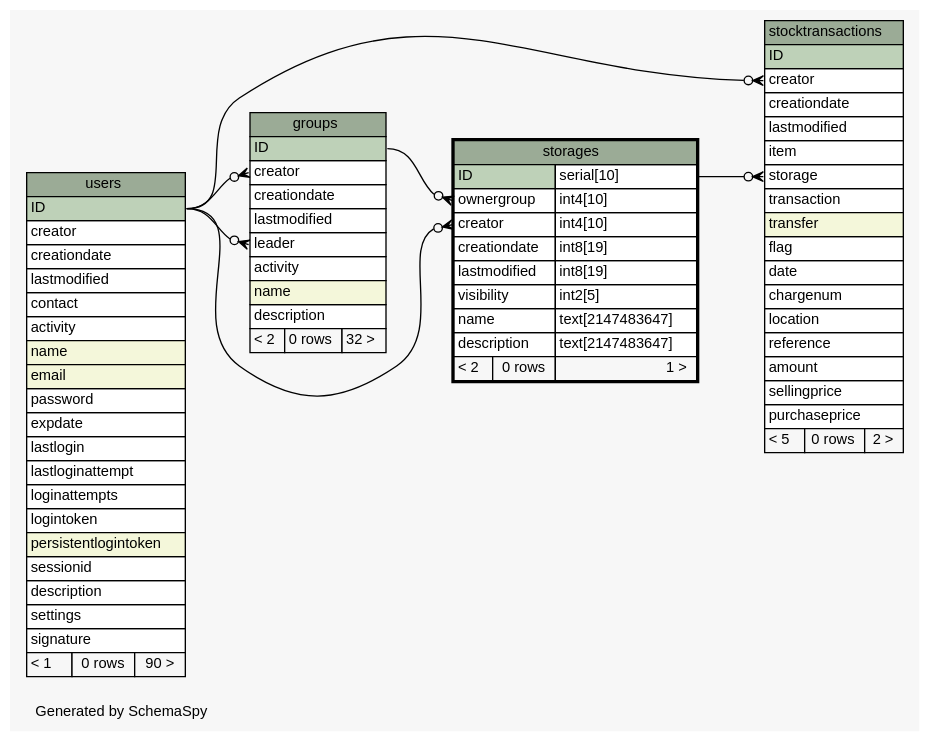
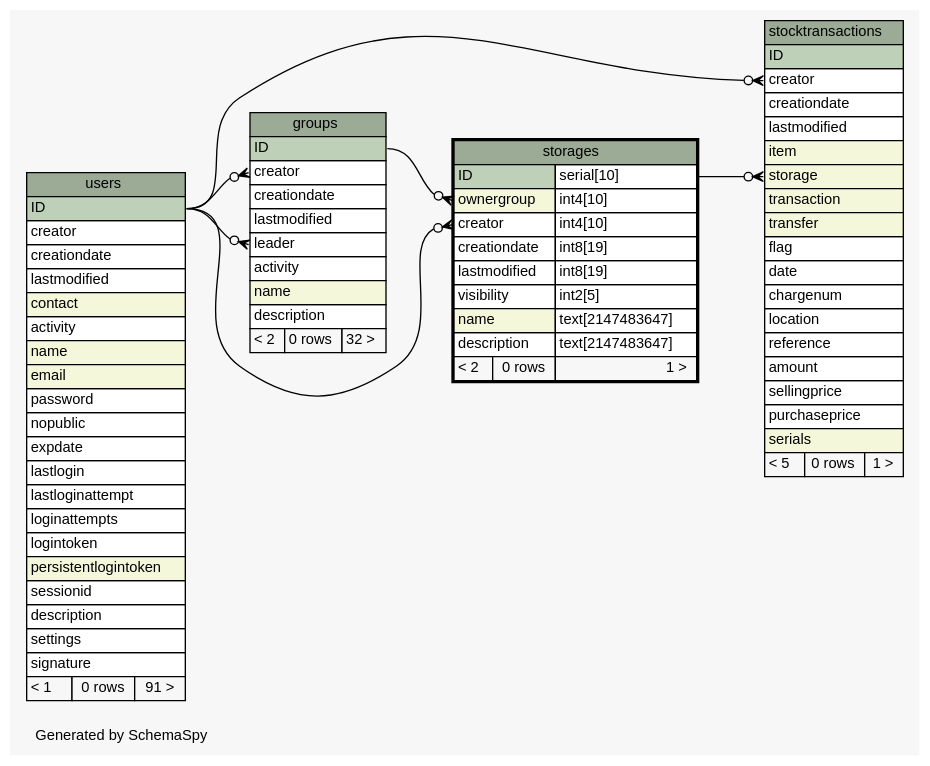
Before and after one commit to zeyosinc/zeyos-schema: the diagram in diagrams/storages.1degree.dot, drawn with Graphviz. The commit also changed 313 other files, not shown here.

```diff
--- a/diagrams/storages.1degree.dot
+++ b/diagrams/storages.1degree.dot
@@ -1,115 +1,117 @@
-// dot 2.38.0 on Mac OS X 10.11.3
+// dot 2.38.0 on Mac OS X 10.11.4
 // SchemaSpy rev 590
 digraph "oneDegreeRelationshipsDiagram" {
   graph [
     rankdir="RL"
     bgcolor="#f7f7f7"
     label="\nGenerated by SchemaSpy"
     labeljust="l"
     nodesep="0.18"
     ranksep="0.46"
     fontname="Helvetica"
     fontsize="11"
   ];
   node [
     fontname="Helvetica"
     fontsize="11"
     shape="plaintext"
   ];
   edge [
     arrowsize="0.8"
   ];
   "groups":"creator":w -> "users":"ID":e [arrowhead=none dir=back arrowtail=crowodot];
   "groups":"leader":w -> "users":"ID":e [arrowhead=none dir=back arrowtail=crowodot];
   "stocktransactions":"creator":w -> "users":"ID":e [arrowhead=none dir=back arrowtail=crowodot];
   "stocktransactions":"storage":w -> "storages":"ID.type":e [arrowhead=none dir=back arrowtail=crowodot];
   "storages":"creator":w -> "users":"ID":e [arrowhead=none dir=back arrowtail=crowodot];
   "storages":"ownergroup":w -> "groups":"ID":e [arrowhead=none dir=back arrowtail=crowodot];
   "groups" [
     label=<
     <TABLE BORDER="0" CELLBORDER="1" CELLSPACING="0" BGCOLOR="#ffffff">
       <TR><TD COLSPAN="3" BGCOLOR="#9bab96" ALIGN="CENTER">groups</TD></TR>
       <TR><TD PORT="ID" COLSPAN="3" BGCOLOR="#bed1b8" ALIGN="LEFT">ID</TD></TR>
       <TR><TD PORT="creator" COLSPAN="3" ALIGN="LEFT">creator</TD></TR>
       <TR><TD PORT="creationdate" COLSPAN="3" ALIGN="LEFT">creationdate</TD></TR>
       <TR><TD PORT="lastmodified" COLSPAN="3" ALIGN="LEFT">lastmodified</TD></TR>
       <TR><TD PORT="leader" COLSPAN="3" ALIGN="LEFT">leader</TD></TR>
       <TR><TD PORT="activity" COLSPAN="3" ALIGN="LEFT">activity</TD></TR>
       <TR><TD PORT="name" COLSPAN="3" BGCOLOR="#f4f7da" ALIGN="LEFT">name</TD></TR>
       <TR><TD PORT="description" COLSPAN="3" ALIGN="LEFT">description</TD></TR>
       <TR><TD ALIGN="LEFT" BGCOLOR="#f7f7f7">&lt; 2</TD><TD ALIGN="RIGHT" BGCOLOR="#f7f7f7">0 rows</TD><TD ALIGN="RIGHT" BGCOLOR="#f7f7f7">32 &gt;</TD></TR>
     </TABLE>>
     URL="groups.html"
     tooltip="groups"
   ];
   "stocktransactions" [
     label=<
     <TABLE BORDER="0" CELLBORDER="1" CELLSPACING="0" BGCOLOR="#ffffff">
       <TR><TD COLSPAN="3" BGCOLOR="#9bab96" ALIGN="CENTER">stocktransactions</TD></TR>
       <TR><TD PORT="ID" COLSPAN="3" BGCOLOR="#bed1b8" ALIGN="LEFT">ID</TD></TR>
       <TR><TD PORT="creator" COLSPAN="3" ALIGN="LEFT">creator</TD></TR>
       <TR><TD PORT="creationdate" COLSPAN="3" ALIGN="LEFT">creationdate</TD></TR>
       <TR><TD PORT="lastmodified" COLSPAN="3" ALIGN="LEFT">lastmodified</TD></TR>
-      <TR><TD PORT="item" COLSPAN="3" ALIGN="LEFT">item</TD></TR>
-      <TR><TD PORT="storage" COLSPAN="3" ALIGN="LEFT">storage</TD></TR>
-      <TR><TD PORT="transaction" COLSPAN="3" ALIGN="LEFT">transaction</TD></TR>
+      <TR><TD PORT="item" COLSPAN="3" BGCOLOR="#f4f7da" ALIGN="LEFT">item</TD></TR>
+      <TR><TD PORT="storage" COLSPAN="3" BGCOLOR="#f4f7da" ALIGN="LEFT">storage</TD></TR>
+      <TR><TD PORT="transaction" COLSPAN="3" BGCOLOR="#f4f7da" ALIGN="LEFT">transaction</TD></TR>
       <TR><TD PORT="transfer" COLSPAN="3" BGCOLOR="#f4f7da" ALIGN="LEFT">transfer</TD></TR>
       <TR><TD PORT="flag" COLSPAN="3" ALIGN="LEFT">flag</TD></TR>
       <TR><TD PORT="date" COLSPAN="3" ALIGN="LEFT">date</TD></TR>
       <TR><TD PORT="chargenum" COLSPAN="3" ALIGN="LEFT">chargenum</TD></TR>
       <TR><TD PORT="location" COLSPAN="3" ALIGN="LEFT">location</TD></TR>
       <TR><TD PORT="reference" COLSPAN="3" ALIGN="LEFT">reference</TD></TR>
       <TR><TD PORT="amount" COLSPAN="3" ALIGN="LEFT">amount</TD></TR>
       <TR><TD PORT="sellingprice" COLSPAN="3" ALIGN="LEFT">sellingprice</TD></TR>
       <TR><TD PORT="purchaseprice" COLSPAN="3" ALIGN="LEFT">purchaseprice</TD></TR>
-      <TR><TD ALIGN="LEFT" BGCOLOR="#f7f7f7">&lt; 5</TD><TD ALIGN="RIGHT" BGCOLOR="#f7f7f7">0 rows</TD><TD ALIGN="RIGHT" BGCOLOR="#f7f7f7">2 &gt;</TD></TR>
+      <TR><TD PORT="serials" COLSPAN="3" BGCOLOR="#f4f7da" ALIGN="LEFT">serials</TD></TR>
+      <TR><TD ALIGN="LEFT" BGCOLOR="#f7f7f7">&lt; 5</TD><TD ALIGN="RIGHT" BGCOLOR="#f7f7f7">0 rows</TD><TD ALIGN="RIGHT" BGCOLOR="#f7f7f7">1 &gt;</TD></TR>
     </TABLE>>
     URL="stocktransactions.html"
     tooltip="stocktransactions"
   ];
   "storages" [
     label=<
     <TABLE BORDER="2" CELLBORDER="1" CELLSPACING="0" BGCOLOR="#ffffff">
       <TR><TD COLSPAN="3" BGCOLOR="#9bab96" ALIGN="CENTER">storages</TD></TR>
       <TR><TD PORT="ID" COLSPAN="2" BGCOLOR="#bed1b8" ALIGN="LEFT">ID</TD><TD PORT="ID.type" ALIGN="LEFT">serial[10]</TD></TR>
-      <TR><TD PORT="ownergroup" COLSPAN="2" ALIGN="LEFT">ownergroup</TD><TD PORT="ownergroup.type" ALIGN="LEFT">int4[10]</TD></TR>
+      <TR><TD PORT="ownergroup" COLSPAN="2" BGCOLOR="#f4f7da" ALIGN="LEFT">ownergroup</TD><TD PORT="ownergroup.type" ALIGN="LEFT">int4[10]</TD></TR>
       <TR><TD PORT="creator" COLSPAN="2" ALIGN="LEFT">creator</TD><TD PORT="creator.type" ALIGN="LEFT">int4[10]</TD></TR>
       <TR><TD PORT="creationdate" COLSPAN="2" ALIGN="LEFT">creationdate</TD><TD PORT="creationdate.type" ALIGN="LEFT">int8[19]</TD></TR>
       <TR><TD PORT="lastmodified" COLSPAN="2" ALIGN="LEFT">lastmodified</TD><TD PORT="lastmodified.type" ALIGN="LEFT">int8[19]</TD></TR>
       <TR><TD PORT="visibility" COLSPAN="2" ALIGN="LEFT">visibility</TD><TD PORT="visibility.type" ALIGN="LEFT">int2[5]</TD></TR>
-      <TR><TD PORT="name" COLSPAN="2" ALIGN="LEFT">name</TD><TD PORT="name.type" ALIGN="LEFT">text[2147483647]</TD></TR>
+      <TR><TD PORT="name" COLSPAN="2" BGCOLOR="#f4f7da" ALIGN="LEFT">name</TD><TD PORT="name.type" ALIGN="LEFT">text[2147483647]</TD></TR>
       <TR><TD PORT="description" COLSPAN="2" ALIGN="LEFT">description</TD><TD PORT="description.type" ALIGN="LEFT">text[2147483647]</TD></TR>
       <TR><TD ALIGN="LEFT" BGCOLOR="#f7f7f7">&lt; 2</TD><TD ALIGN="RIGHT" BGCOLOR="#f7f7f7">0 rows</TD><TD ALIGN="RIGHT" BGCOLOR="#f7f7f7">1 &gt;</TD></TR>
     </TABLE>>
     URL="storages.html"
     tooltip="storages"
   ];
   "users" [
     label=<
     <TABLE BORDER="0" CELLBORDER="1" CELLSPACING="0" BGCOLOR="#ffffff">
       <TR><TD COLSPAN="3" BGCOLOR="#9bab96" ALIGN="CENTER">users</TD></TR>
       <TR><TD PORT="ID" COLSPAN="3" BGCOLOR="#bed1b8" ALIGN="LEFT">ID</TD></TR>
       <TR><TD PORT="creator" COLSPAN="3" ALIGN="LEFT">creator</TD></TR>
       <TR><TD PORT="creationdate" COLSPAN="3" ALIGN="LEFT">creationdate</TD></TR>
       <TR><TD PORT="lastmodified" COLSPAN="3" ALIGN="LEFT">lastmodified</TD></TR>
-      <TR><TD PORT="contact" COLSPAN="3" ALIGN="LEFT">contact</TD></TR>
+      <TR><TD PORT="contact" COLSPAN="3" BGCOLOR="#f4f7da" ALIGN="LEFT">contact</TD></TR>
       <TR><TD PORT="activity" COLSPAN="3" ALIGN="LEFT">activity</TD></TR>
       <TR><TD PORT="name" COLSPAN="3" BGCOLOR="#f4f7da" ALIGN="LEFT">name</TD></TR>
       <TR><TD PORT="email" COLSPAN="3" BGCOLOR="#f4f7da" ALIGN="LEFT">email</TD></TR>
       <TR><TD PORT="password" COLSPAN="3" ALIGN="LEFT">password</TD></TR>
+      <TR><TD PORT="nopublic" COLSPAN="3" ALIGN="LEFT">nopublic</TD></TR>
       <TR><TD PORT="expdate" COLSPAN="3" ALIGN="LEFT">expdate</TD></TR>
       <TR><TD PORT="lastlogin" COLSPAN="3" ALIGN="LEFT">lastlogin</TD></TR>
       <TR><TD PORT="lastloginattempt" COLSPAN="3" ALIGN="LEFT">lastloginattempt</TD></TR>
       <TR><TD PORT="loginattempts" COLSPAN="3" ALIGN="LEFT">loginattempts</TD></TR>
       <TR><TD PORT="logintoken" COLSPAN="3" ALIGN="LEFT">logintoken</TD></TR>
       <TR><TD PORT="persistentlogintoken" COLSPAN="3" BGCOLOR="#f4f7da" ALIGN="LEFT">persistentlogintoken</TD></TR>
       <TR><TD PORT="sessionid" COLSPAN="3" ALIGN="LEFT">sessionid</TD></TR>
       <TR><TD PORT="description" COLSPAN="3" ALIGN="LEFT">description</TD></TR>
       <TR><TD PORT="settings" COLSPAN="3" ALIGN="LEFT">settings</TD></TR>
       <TR><TD PORT="signature" COLSPAN="3" ALIGN="LEFT">signature</TD></TR>
-      <TR><TD ALIGN="LEFT" BGCOLOR="#f7f7f7">&lt; 1</TD><TD ALIGN="RIGHT" BGCOLOR="#f7f7f7">0 rows</TD><TD ALIGN="RIGHT" BGCOLOR="#f7f7f7">90 &gt;</TD></TR>
+      <TR><TD ALIGN="LEFT" BGCOLOR="#f7f7f7">&lt; 1</TD><TD ALIGN="RIGHT" BGCOLOR="#f7f7f7">0 rows</TD><TD ALIGN="RIGHT" BGCOLOR="#f7f7f7">91 &gt;</TD></TR>
     </TABLE>>
     URL="users.html"
     tooltip="users"
   ];
 }
```
